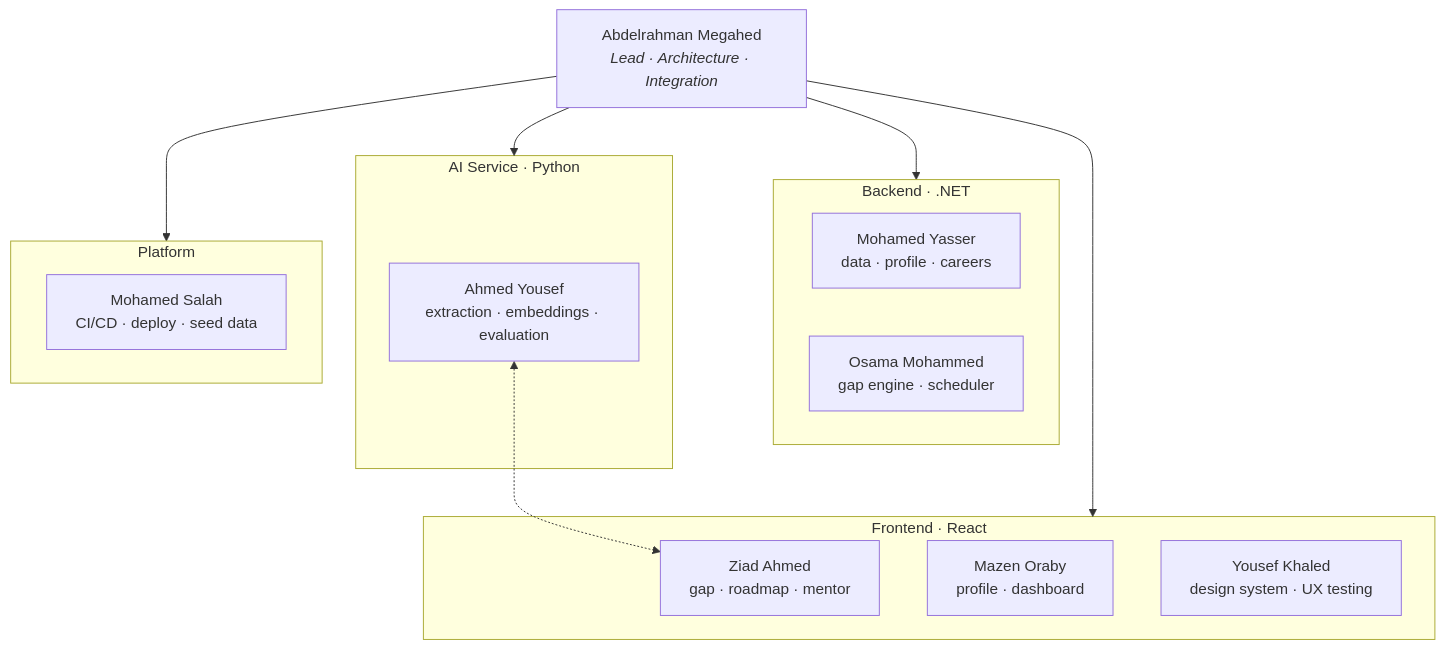
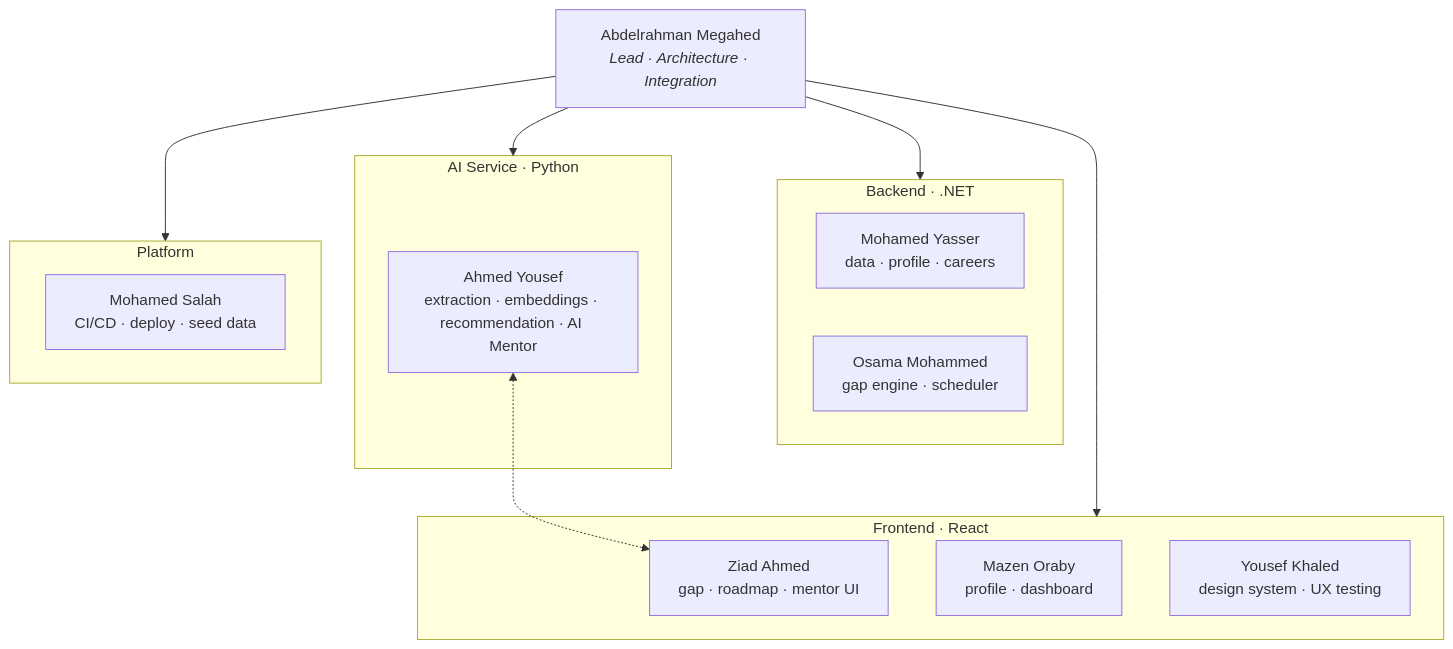
The first of 2 diagrams in docs/01-project-overview.md (Masar-SCU/Masar), drawn with Mermaid before and after one commit. The commit also changed other lines of this file, not shown here.

````diff
--- a/docs/01-project-overview.md
+++ b/docs/01-project-overview.md
@@ -171,29 +174,29 @@
 ```mermaid
 flowchart TB
     LEAD["Abdelrahman Megahed<br/><i>Lead · Architecture · Integration</i>"]
 
     subgraph BE["Backend · .NET"]
         BE1["Mohamed Yasser<br/>data · profile · careers"]
         BE2["Osama Mohammed<br/>gap engine · scheduler"]
     end
 
     subgraph FE["Frontend · React"]
-        FE1["Ziad Ahmed<br/>gap · roadmap · mentor"]
+        FE1["Ziad Ahmed<br/>gap · roadmap · mentor UI"]
         FE2["Mazen Oraby<br/>profile · dashboard"]
         FE3["Yousef Khaled<br/>design system · UX testing"]
     end
 
     subgraph AI["AI Service · Python"]
-        AI1["Ahmed Yousef<br/>extraction · embeddings · evaluation"]
+        AI1["Ahmed Yousef<br/>extraction · embeddings · recommendation · AI Mentor"]
     end
 
     subgraph OPS["Platform"]
         OPS1["Mohamed Salah<br/>CI/CD · deploy · seed data"]
     end
 
     LEAD --> BE
     LEAD --> FE
     LEAD --> AI
     LEAD --> OPS
     AI1 <-.-> FE1
 ```
````
